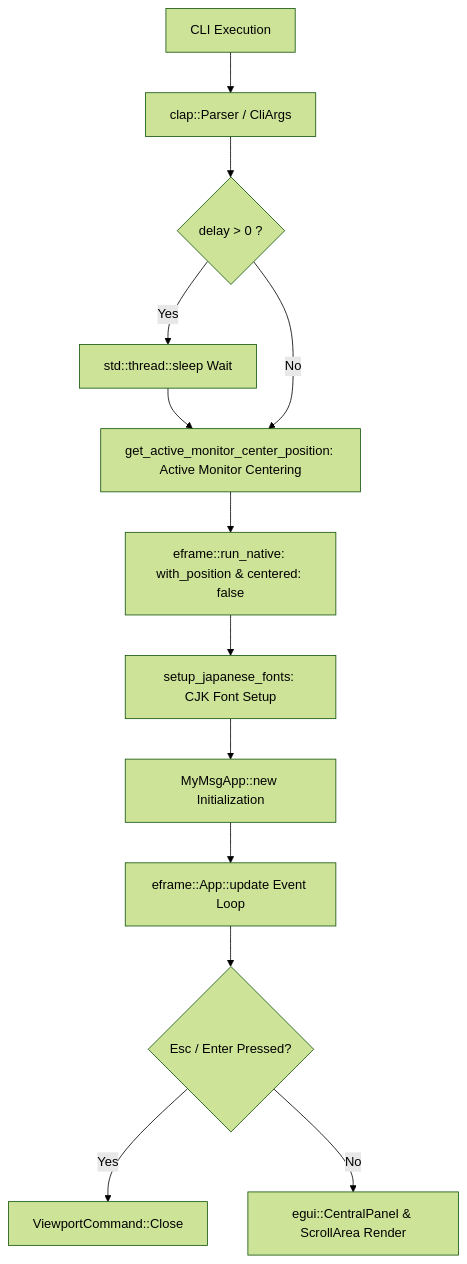
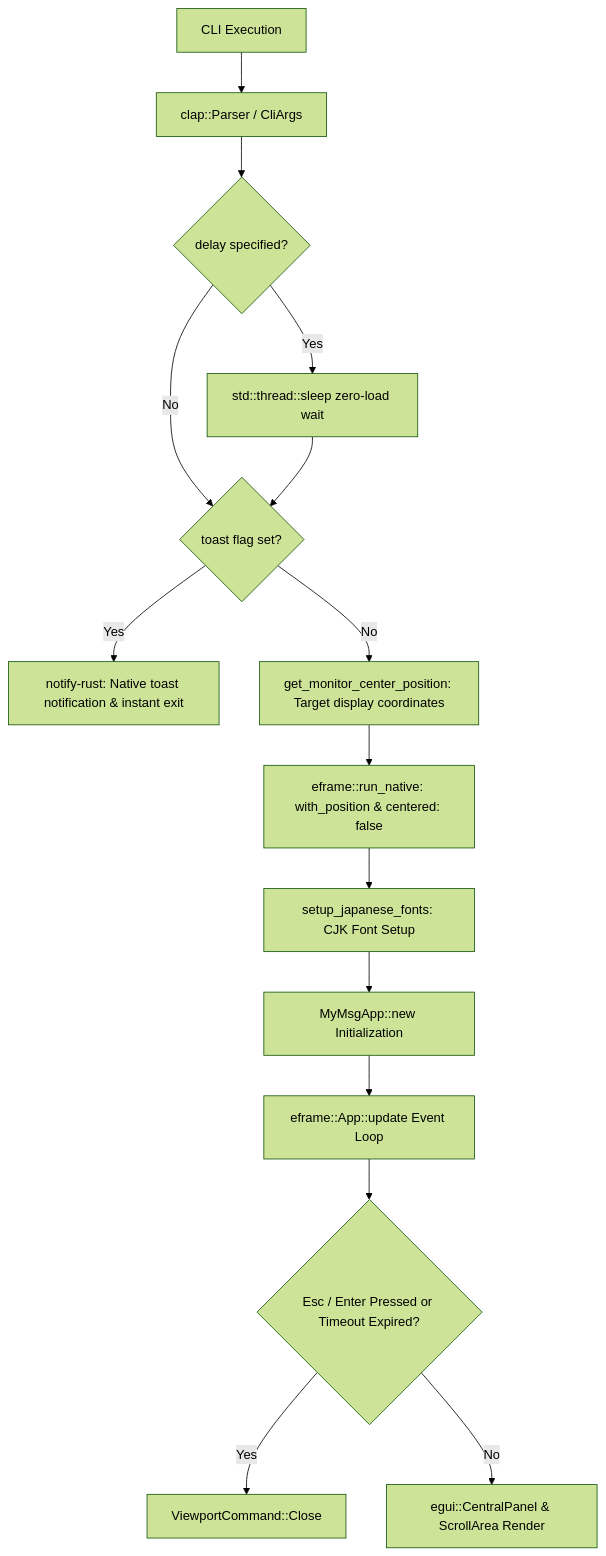
One commit to tkshnkgwr/MyMsg changed the first of 2 diagrams in docs/en/ARCHITECTURE.md. Above: the diagram before and after it, drawn with Mermaid (forest theme). The commit also changed other lines of this file and 24 other files, not shown here.

First line of the commit message:
feat: Add --monitor, --timeout, --toast options and time-of-day delay support

````diff
--- a/docs/en/ARCHITECTURE.md
+++ b/docs/en/ARCHITECTURE.md
@@ -11,15 +11,17 @@
 ```mermaid
 graph TD
     CLI[CLI Execution] --> ArgParser[clap::Parser / CliArgs]
-    ArgParser --> DelayCheck{delay > 0 ?}
-    DelayCheck -- Yes --> Sleep[std::thread::sleep Wait]
-    Sleep --> MonDetect[get_active_monitor_center_position: Active Monitor Centering]
-    DelayCheck -- No --> MonDetect
+    ArgParser --> DelayCheck{delay specified?}
+    DelayCheck -- Yes --> Sleep[std::thread::sleep zero-load wait]
+    DelayCheck -- No --> ToastCheck
+    Sleep --> ToastCheck{toast flag set?}
+    ToastCheck -- Yes --> SendToast[notify-rust: Native toast notification & instant exit]
+    ToastCheck -- No --> MonDetect[get_monitor_center_position: Target display coordinates]
     MonDetect --> WinInit[eframe::run_native: with_position & centered: false]
     WinInit --> FontSetup[setup_japanese_fonts: CJK Font Setup]
     FontSetup --> AppState[MyMsgApp::new Initialization]
     AppState --> EventLoop[eframe::App::update Event Loop]
-    EventLoop --> KeyCheck{Esc / Enter Pressed?}
+    EventLoop --> KeyCheck{Esc / Enter Pressed or Timeout Expired?}
     KeyCheck -- Yes --> CloseCmd[ViewportCommand::Close]
     KeyCheck -- No --> Render[egui::CentralPanel & ScrollArea Render]
 ```
````
